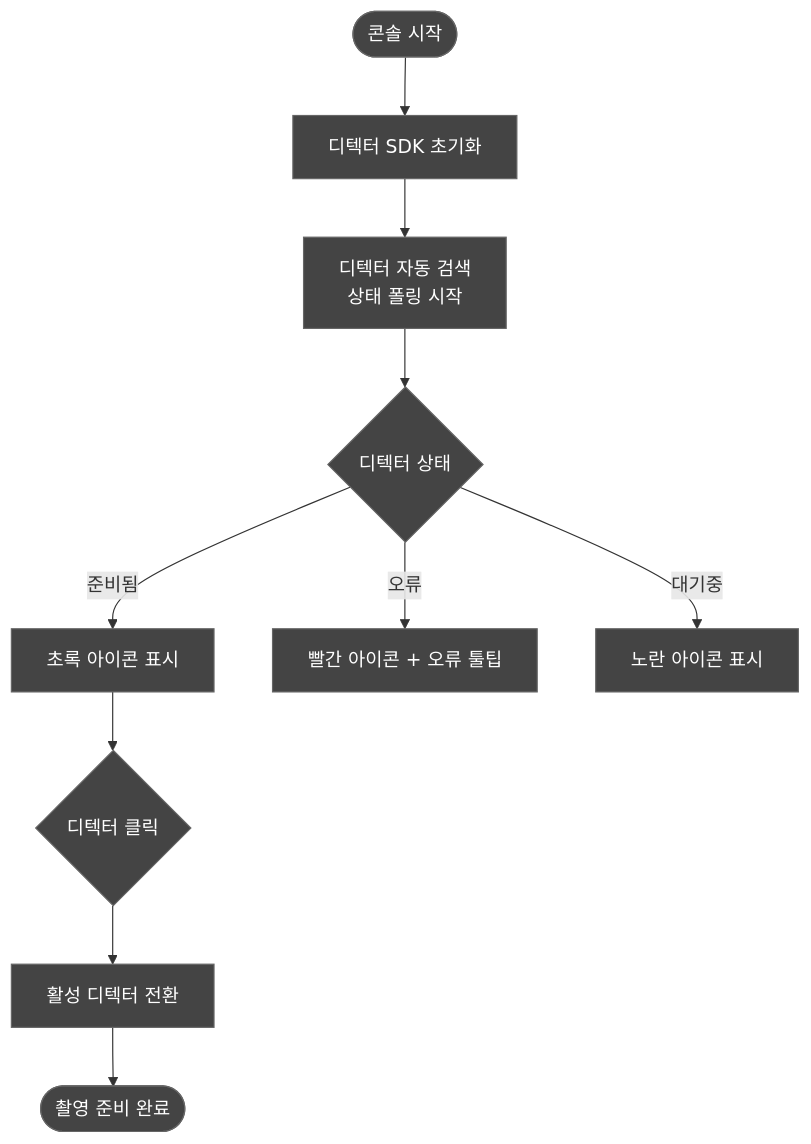
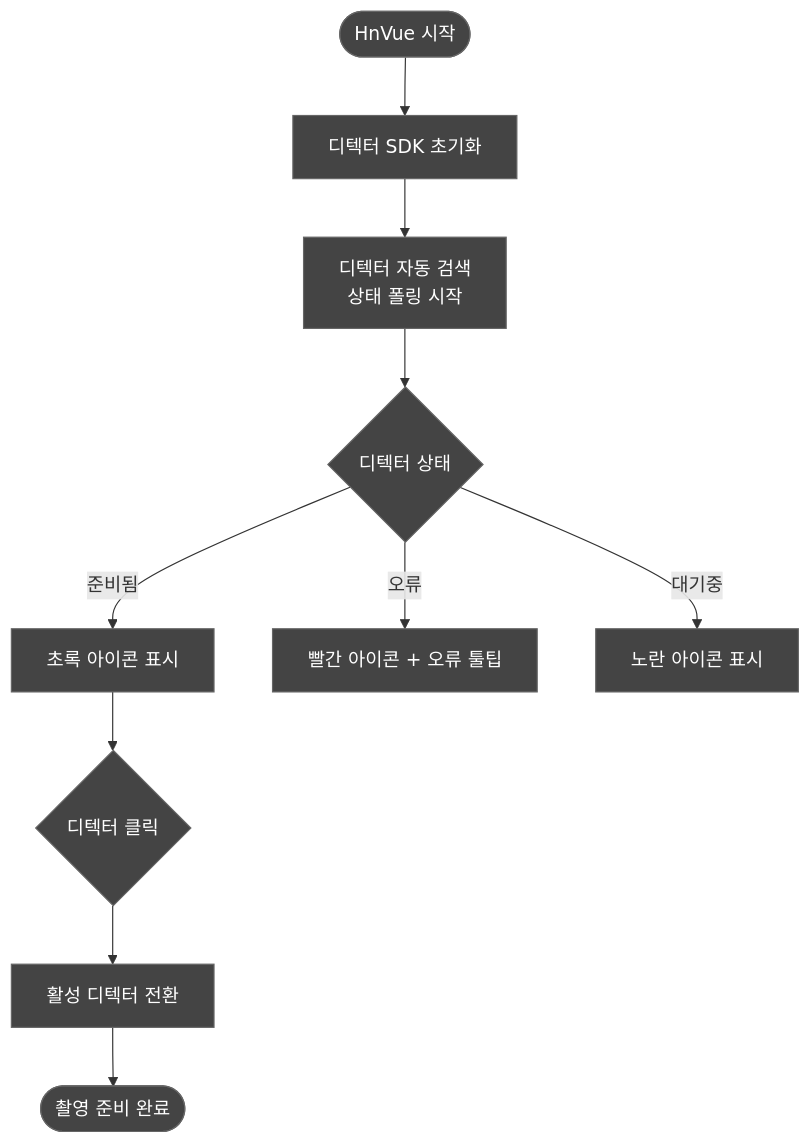
The fourth of 8 diagrams in docs/planning/DOC-001b_MR_Detailed_Spec_Tier2_3_4.md (holee9/console-gui), drawn with Mermaid before and after one commit. The commit also changed other lines of this file and 1 other file, not shown here.

First line of the commit message:
fix: MR 설명서 용어 통일 — 콘솔/앱/프로그램 시작 → HnVue 시작

````diff
--- a/docs/planning/DOC-001b_MR_Detailed_Spec_Tier2_3_4.md
+++ b/docs/planning/DOC-001b_MR_Detailed_Spec_Tier2_3_4.md
@@ -229,23 +229,23 @@
 ```mermaid
 flowchart TD
-    A([콘솔 시작]) --> B[디텍터 SDK 초기화]
+    A([HnVue 시작]) --> B[디텍터 SDK 초기화]
     B --> C[디텍터 자동 검색\n상태 폴링 시작]
     C --> D{디텍터 상태}
     D -- 준비됨 --> E[초록 아이콘 표시]
     D -- 오류 --> F[빨간 아이콘 + 오류 툴팁]
     D -- 대기중 --> G[노란 아이콘 표시]
     E --> H{디텍터 클릭}
     H --> I[활성 디텍터 전환]
     I --> J([촬영 준비 완료])
 
     style A fill:#444,stroke:#666,color:#fff
     style B fill:#444,stroke:#666,color:#fff
     style C fill:#444,stroke:#666,color:#fff
     style D fill:#444,stroke:#666,color:#fff
     style E fill:#444,stroke:#666,color:#fff
     style F fill:#444,stroke:#666,color:#fff
     style G fill:#444,stroke:#666,color:#fff
     style H fill:#444,stroke:#666,color:#fff
     style I fill:#444,stroke:#666,color:#fff
     style J fill:#444,stroke:#666,color:#fff
 ```
````
